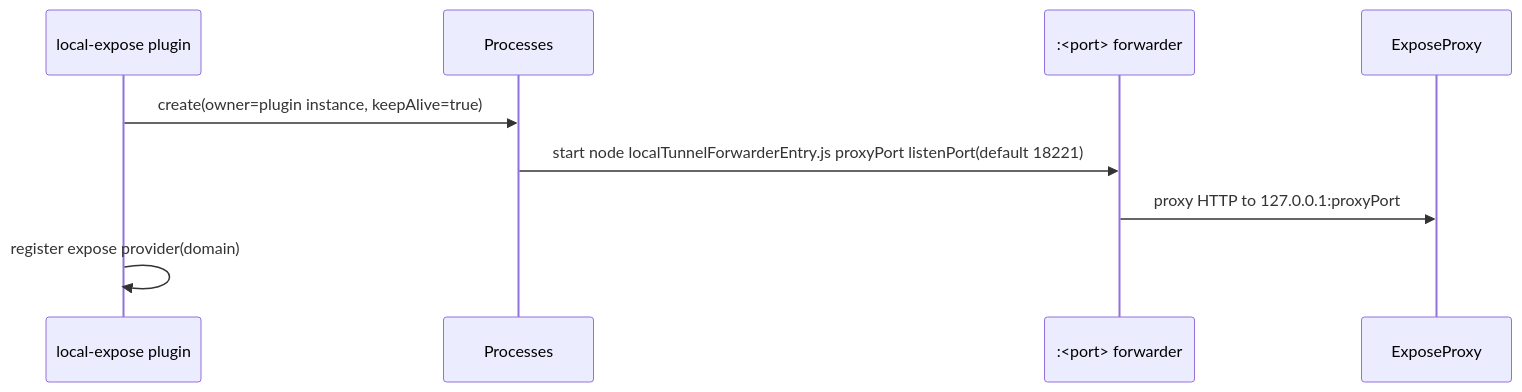
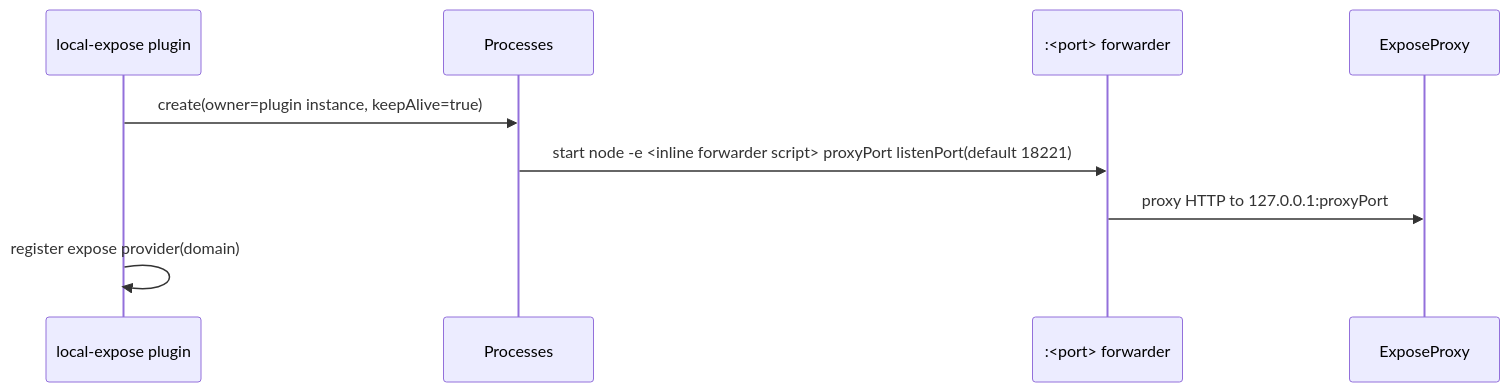
One commit to ex3ndr/daycare changed the sixth of 6 diagrams in doc/internals/expose.md. Above: the diagram before and after it, drawn with Mermaid. The commit also changed 4 other files, not shown here.

Commit message:
fix(local-expose): run forwarder inline to avoid missing entry module

````diff
--- a/doc/internals/expose.md
+++ b/doc/internals/expose.md
@@ -110,12 +110,12 @@
 ```mermaid
 sequenceDiagram
   participant Plugin as local-expose plugin
   participant Processes
   participant Forwarder as :<port> forwarder
   participant Proxy as ExposeProxy
 
   Plugin->>Processes: create(owner=plugin instance, keepAlive=true)
-  Processes->>Forwarder: start node localTunnelForwarderEntry.js proxyPort listenPort(default 18221)
+  Processes->>Forwarder: start node -e <inline forwarder script> proxyPort listenPort(default 18221)
   Forwarder->>Proxy: proxy HTTP to 127.0.0.1:proxyPort
   Plugin->>Plugin: register expose provider(domain)
 ```
````
